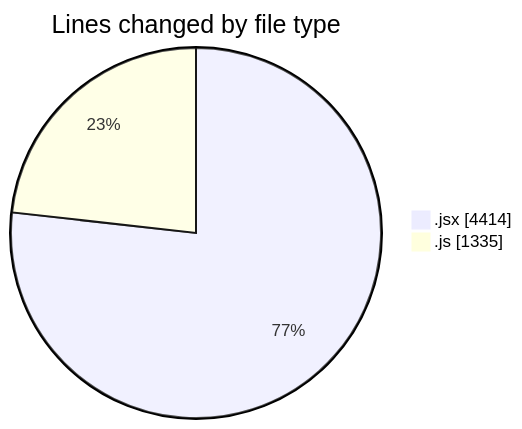
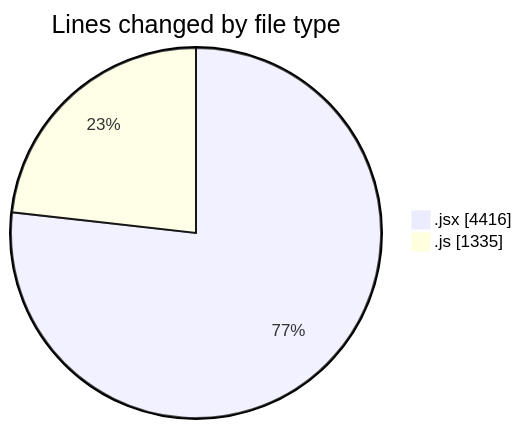
One commit to nxtqubesakshisongat/code-tracking changed the first of 2 diagrams in 2025-08-03/nxtqube_webapp/README.md. Above: the diagram before and after it, drawn with Mermaid. The commit also changed other lines of this file and 1 other file, not shown here.

````diff
--- a/2025-08-03/nxtqube_webapp/README.md
+++ b/2025-08-03/nxtqube_webapp/README.md
@@ -31,6 +31,6 @@
 ```mermaid
 pie showData
 title Lines changed by file type
-".jsx" : 4414
+".jsx" : 4416
 ".js" : 1335
 ```
````
